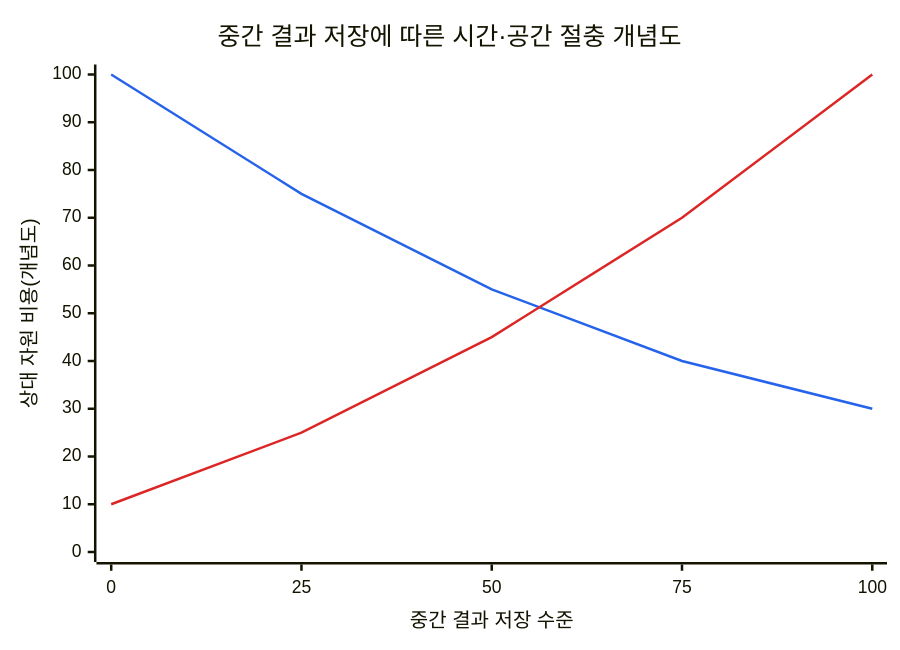
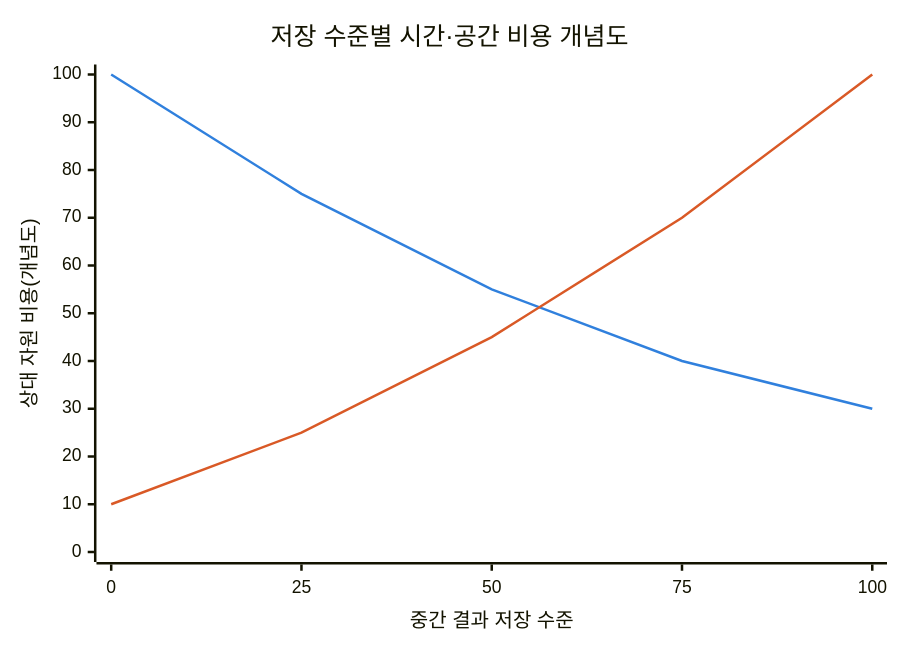
One commit to agnusdei1207/knowledge-base changed the first of 4 diagrams in src/content/docs/notes/01-basic-theory/001_time_space_complexity.md. Above: the diagram before and after it, drawn with Mermaid. The commit also changed other lines of this file and 18 other files, not shown here.

````diff
--- a/src/content/docs/notes/01-basic-theory/001_time_space_complexity.md
+++ b/src/content/docs/notes/01-basic-theory/001_time_space_complexity.md
@@ -49,14 +46,9 @@
 ```mermaid
----
-config:
-  themeVariables:
-    xyChart:
-      plotColorPalette: "#2563EB, #DC2626"
----
+%%{init: {"themeVariables": {"xyChart": {"plotColorPalette": "#3080dd, #d95926"}}} }%%
 xychart-beta
-    title "중간 결과 저장에 따른 시간·공간 절충 개념도"
+    title "저장 수준별 시간·공간 비용 개념도"
     x-axis "중간 결과 저장 수준" [0, 25, 50, 75, 100]
     y-axis "상대 자원 비용(개념도)" 0 --> 100
     line [100, 75, 55, 40, 30]
     line [10, 25, 45, 70, 100]
 ```
````
